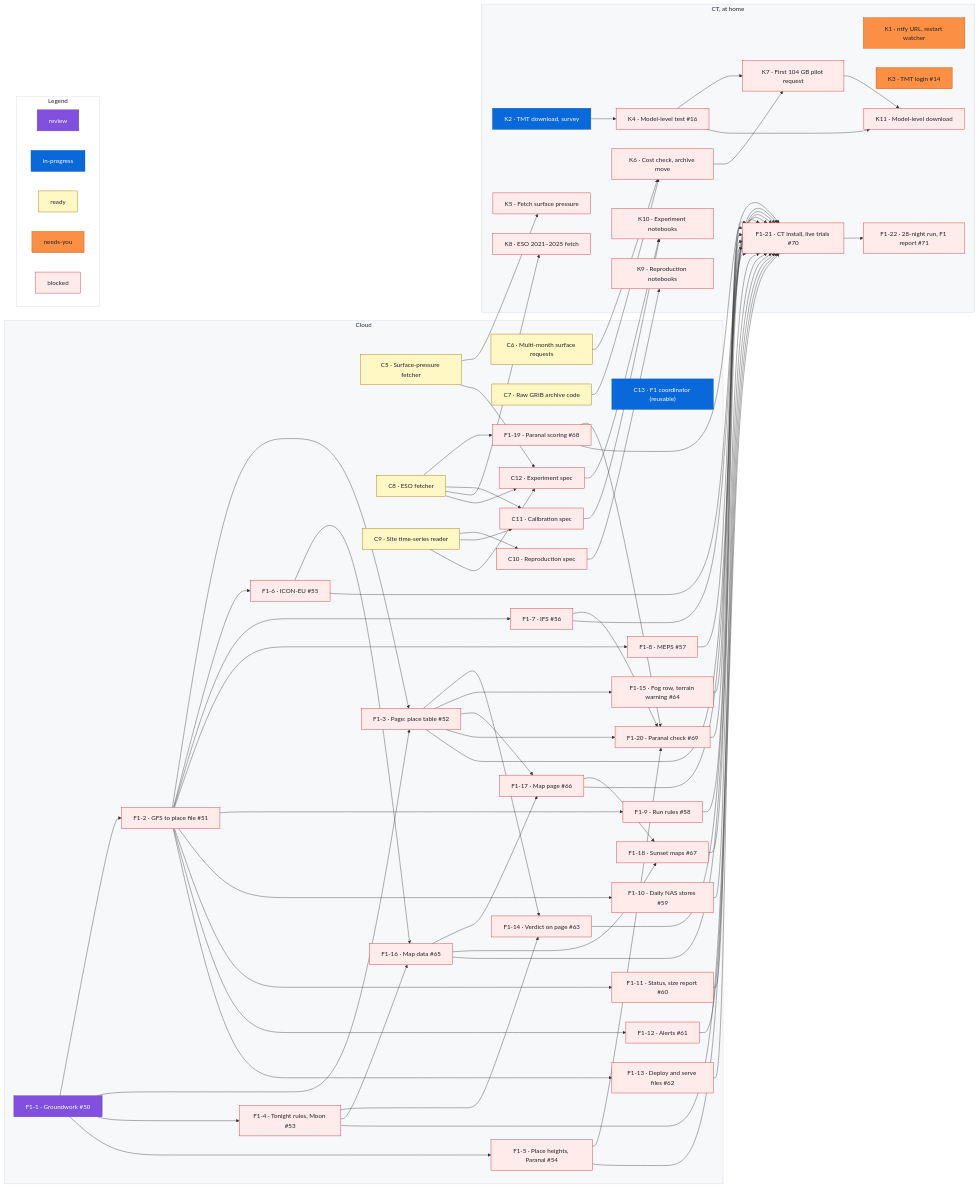
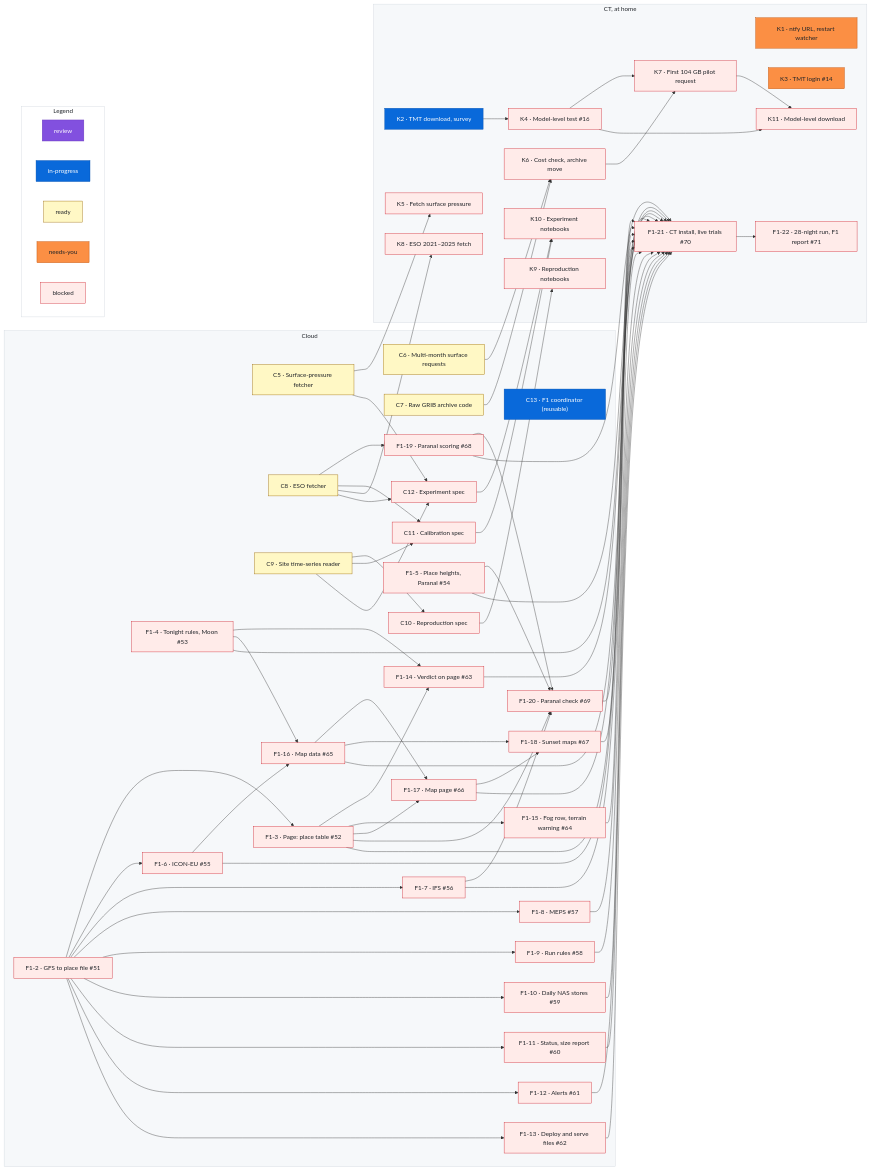
Before and after one commit to rrweller/Astro-seeing: the diagram in docs/roadmap.md, drawn with Mermaid. The commit also changed other lines of this file, not shown here.

Commit message:
roadmap: remove F1-1 (#75 merged)

```diff
--- a/docs/roadmap.md
+++ b/docs/roadmap.md
@@ -118,7 +116,6 @@
     C11["C11 · Calibration spec"]
     C12["C12 · Experiment spec"]
     C13["C13 · F1 coordinator (reusable)"]
-    F1_1["F1-1 · Groundwork #50"]
     F1_2["F1-2 · GFS to place file #51"]
     F1_3["F1-3 · Page: place table #52"]
     F1_4["F1-4 · Tonight rules, Moon #53"]
@@ -154,11 +151,7 @@
     F1_21["F1-21 · CT install, live trials #70"]
     F1_22["F1-22 · 28-night run, F1 report #71"]
   end
-  F1_1 --> F1_2
-  F1_1 --> F1_3
   F1_2 --> F1_3
-  F1_1 --> F1_4
-  F1_1 --> F1_5
   F1_2 --> F1_6
   F1_2 --> F1_7
   F1_2 --> F1_8
@@ -251,8 +244,6 @@
   %% ---
   class C13 inprogress
   %% ---
-  class F1_1 review
-  %% ---
   class F1_2 blocked
   %% ---
   class F1_3 blocked
```
